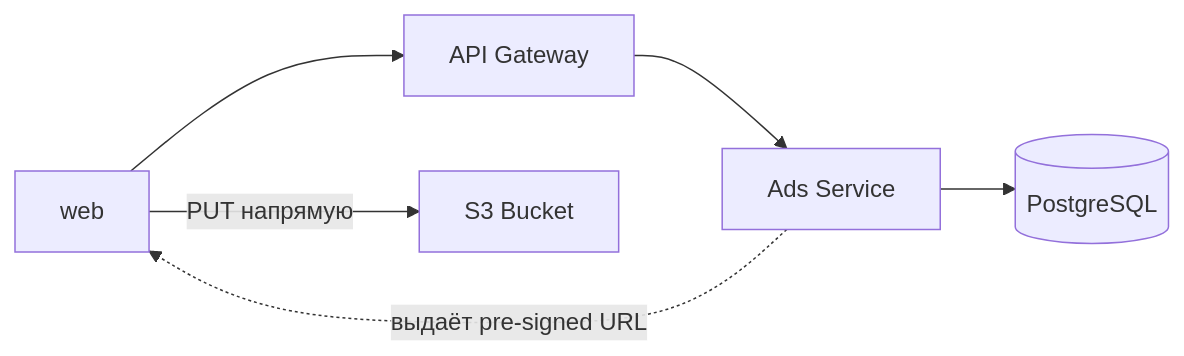
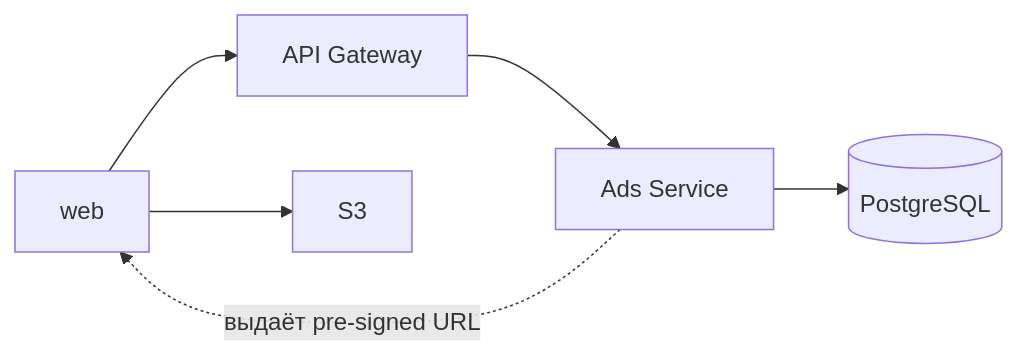
One commit to alexeyminay/system-design-hw changed the first of 3 diagrams in hw_01/solution/README.md. Above: the diagram before and after it, drawn with Mermaid. The commit also changed other lines of this file, not shown here.

````diff
--- a/hw_01/solution/README.md
+++ b/hw_01/solution/README.md
@@ -44,9 +44,9 @@
 ```mermaid
   flowchart LR
    client[web] --> api[API Gateway]
    api --> ads[Ads Service]
    ads --> db[(PostgreSQL)]
    ads -. выдаёт pre-signed URL .-> client
-   client -->|PUT напрямую| s3[S3 Bucket]
+   client --> s3[S3]
     
 ```
````
